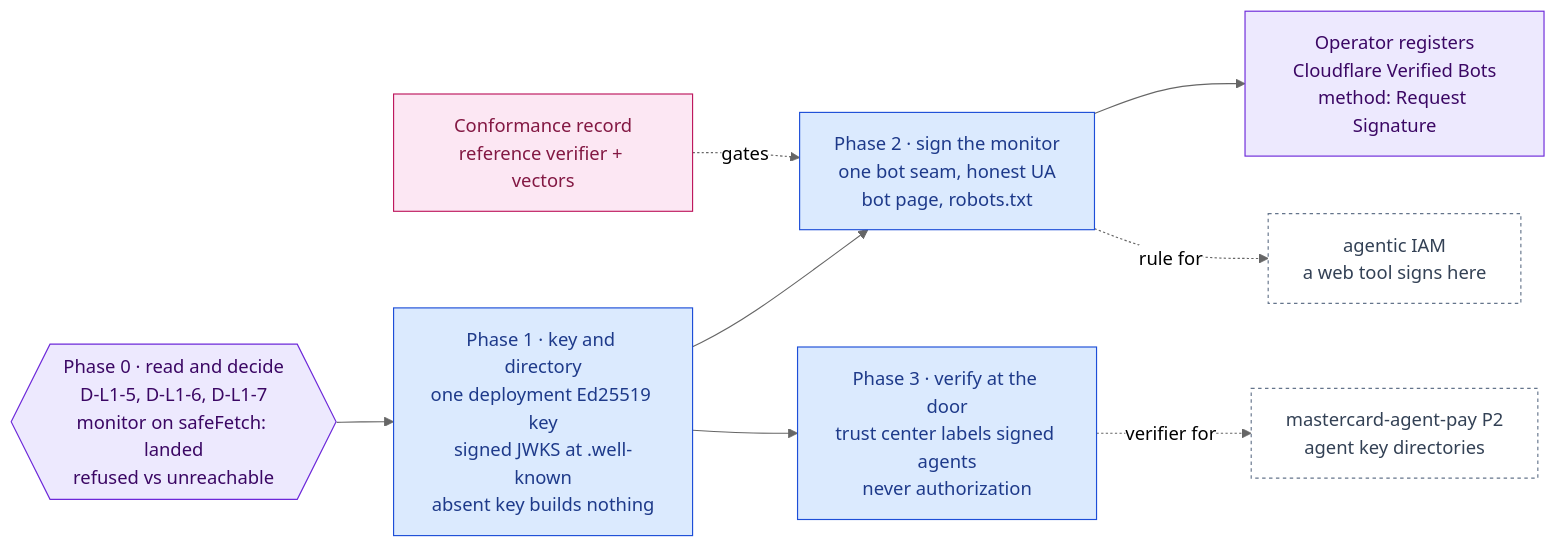
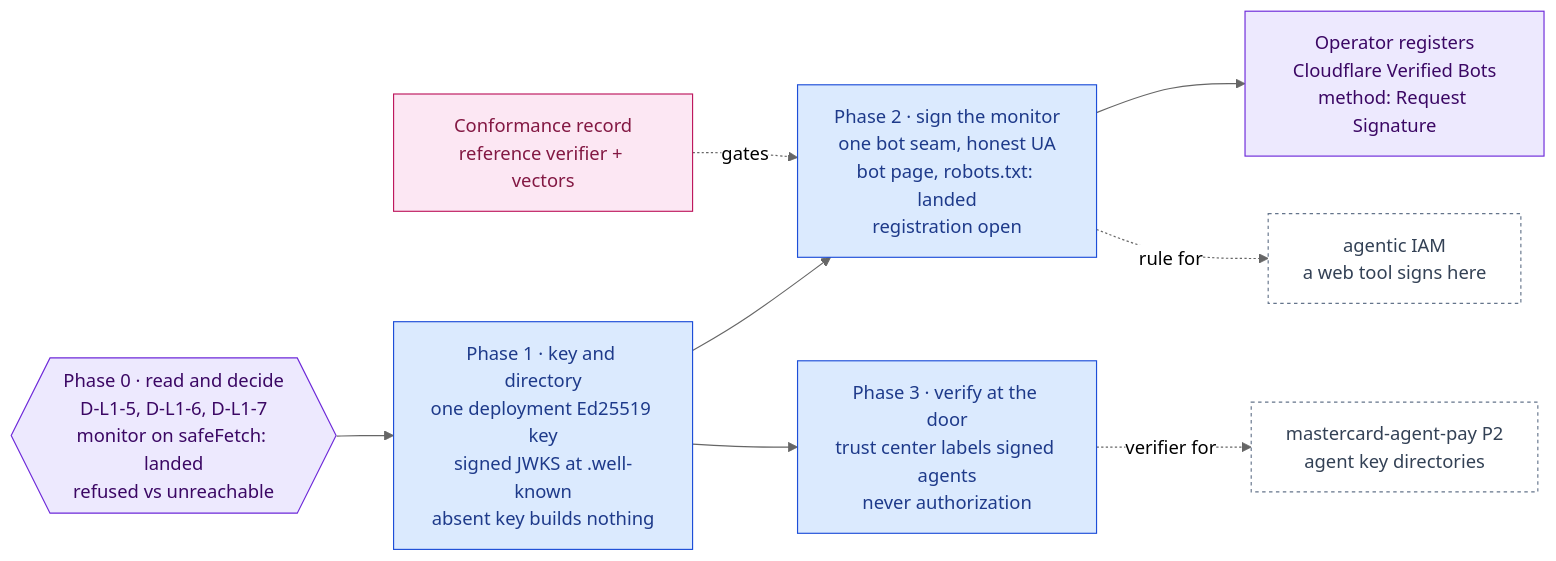
One commit to RodnaPamet/inflect-compliance changed the diagram in docs/ai-architecture/web-bot-auth.md. Above: the diagram before and after it, drawn with Mermaid (neutral theme). The commit also changed other lines of this file and 148 other files, not shown here.

First line of the commit message:
AI roadmap final batch: Web Bot Auth 2, Agent Pay 2, flow canvas 3–4, Inspect 1, Morpheus 1.3, shared eval cost meter; the remaining decisions (#5361)

````diff
--- a/docs/ai-architecture/web-bot-auth.md
+++ b/docs/ai-architecture/web-bot-auth.md
@@ -30,23 +30,23 @@
 ```mermaid
 flowchart LR
   P0{{"Phase 0 · read and decide<br/>D-L1-5, D-L1-6, D-L1-7<br/>monitor on safeFetch: landed<br/>refused vs unreachable"}}:::gate
   P1["Phase 1 · key and directory<br/>one deployment Ed25519 key<br/>signed JWKS at .well-known<br/>absent key builds nothing"]:::todo
-  P2["Phase 2 · sign the monitor<br/>one bot seam, honest UA<br/>bot page, robots.txt"]:::todo
+  P2["Phase 2 · sign the monitor<br/>one bot seam, honest UA<br/>bot page, robots.txt: landed<br/>registration open"]:::todo
   REG["Operator registers<br/>Cloudflare Verified Bots<br/>method: Request Signature"]:::gate
   P3["Phase 3 · verify at the door<br/>trust center labels signed agents<br/>never authorization"]:::todo
   REC["Conformance record<br/>reference verifier + vectors"]:::eval
   IAM["agentic IAM<br/>a web tool signs here"]:::ext
   AP["mastercard-agent-pay P2<br/>agent key directories"]:::ext
   P0 --> P1 --> P2 --> REG
   P1 --> P3
   REC -.->|gates| P2
   P2 -.->|rule for| IAM
   P3 -.->|verifier for| AP
 
   classDef done fill:#d1fae5,stroke:#047857,color:#064e3b
   classDef todo fill:#dbeafe,stroke:#1d4ed8,color:#1e3a8a
   classDef gate fill:#ede9fe,stroke:#6d28d9,color:#3b0764
   classDef ext fill:#ffffff,stroke:#64748b,color:#334155,stroke-dasharray:3 3
   classDef eval fill:#fce7f3,stroke:#be185d,color:#831843
   classDef declined fill:#f3f4f6,stroke:#6b7280,color:#374151,stroke-dasharray:4 3
 ```
````
